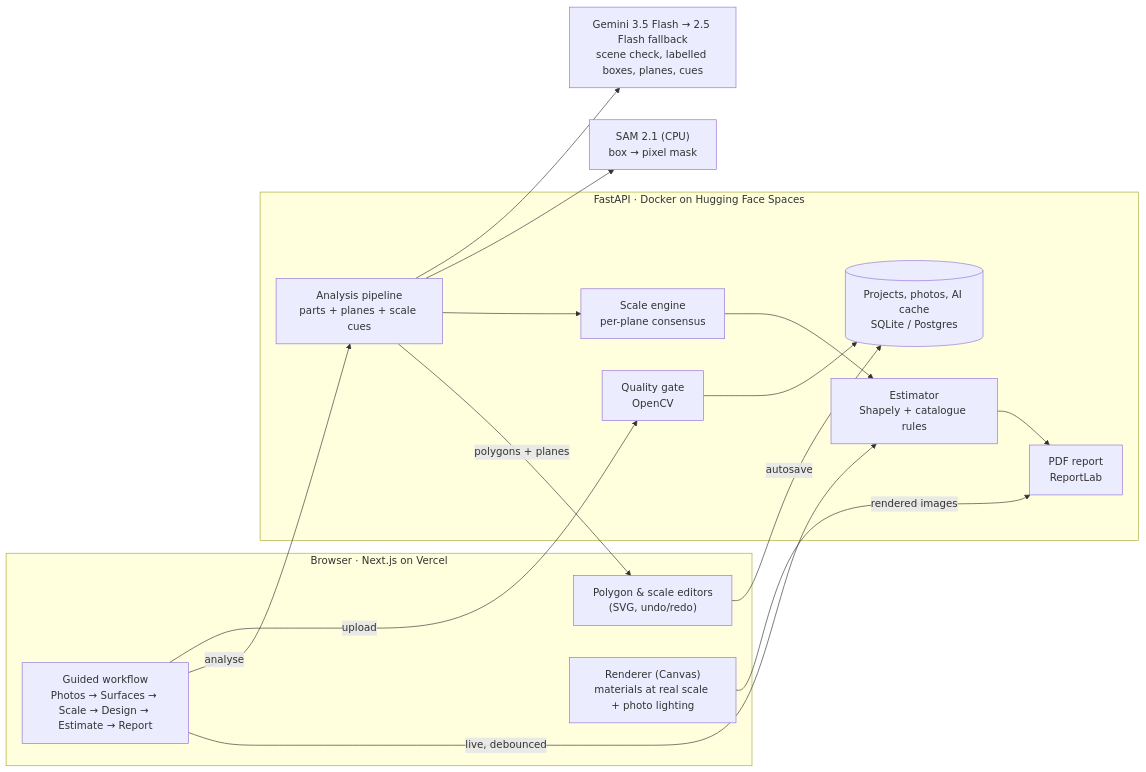
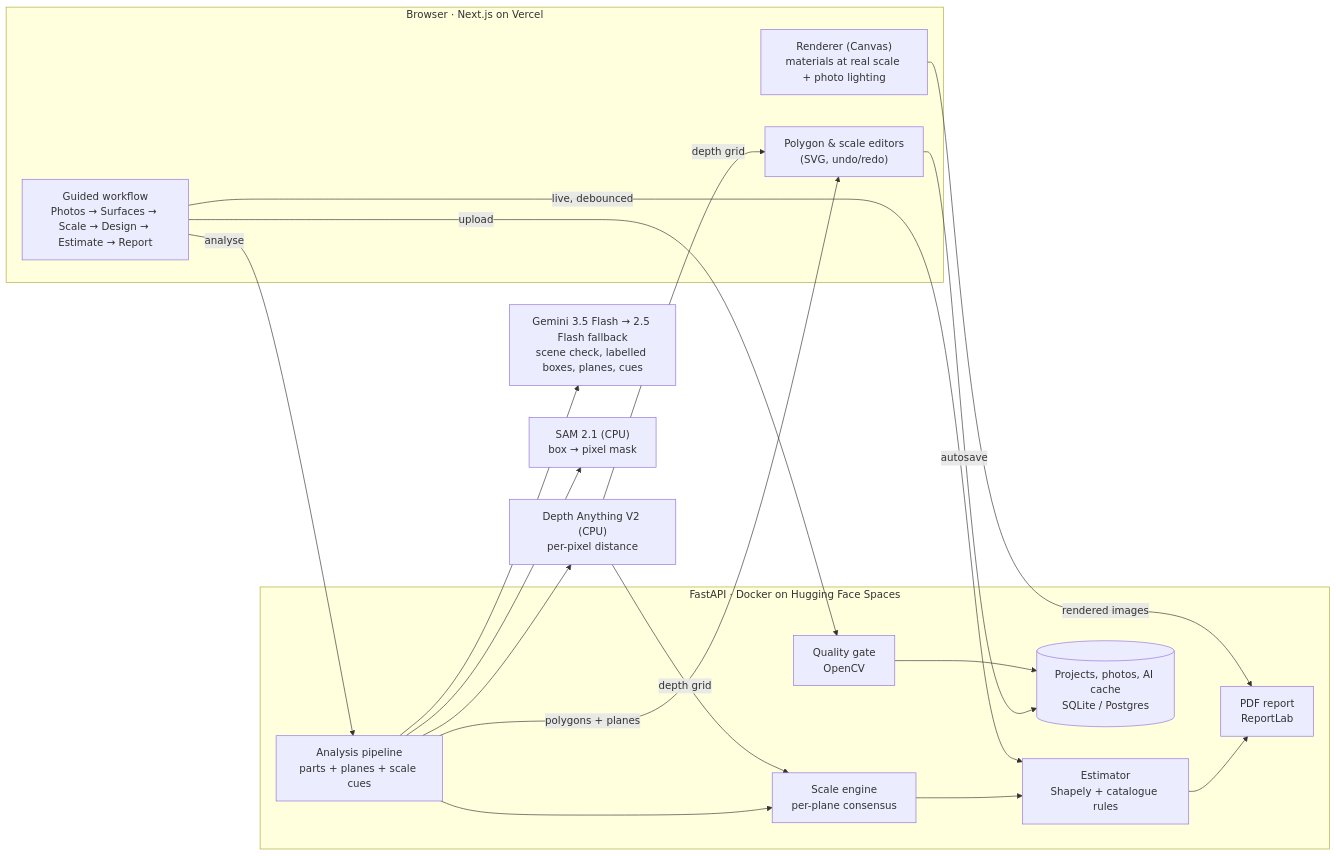
Before and after one commit to GOPI-ce/AI-Based-Exterior-House-Renovation-Cost-Estimation-System: the diagram in README.md, drawn with Mermaid. The commit also changed other lines of this file and 53 other files, not shown here.

````diff
--- a/README.md
+++ b/README.md
@@ -32,28 +33,32 @@
 ```mermaid
 flowchart LR
   subgraph Browser["Browser · Next.js on Vercel"]
     UI["Guided workflow<br/>Photos → Surfaces → Scale → Design → Estimate → Report"]
     ED["Polygon & scale editors<br/>(SVG, undo/redo)"]
     RE["Renderer (Canvas)<br/>materials at real scale + photo lighting"]
   end
   subgraph API["FastAPI · Docker on Hugging Face Spaces"]
     Q["Quality gate<br/>OpenCV"]
     AN["Analysis pipeline<br/>parts + planes + scale cues"]
     SC["Scale engine<br/>per-plane consensus"]
     EST["Estimator<br/>Shapely + catalogue rules"]
     PDF["PDF report<br/>ReportLab"]
     DB[("Projects, photos, AI cache<br/>SQLite / Postgres")]
   end
   G["Gemini 3.5 Flash → 2.5 Flash fallback<br/>scene check, labelled boxes, planes, cues"]
   S["SAM 2.1 (CPU)<br/>box → pixel mask"]
+  D["Depth Anything V2 (CPU)<br/>per-pixel distance"]
   UI -->|upload| Q --> DB
   UI -->|analyse| AN --> G
   AN --> S
+  AN --> D
+  D -->|depth grid| SC
+  D -->|depth grid| ED
   AN --> SC
   AN -->|polygons + planes| ED
   ED -->|autosave| DB
   UI -->|live, debounced| EST
   SC --> EST
   RE -->|rendered images| PDF
   EST --> PDF
 ```
````
